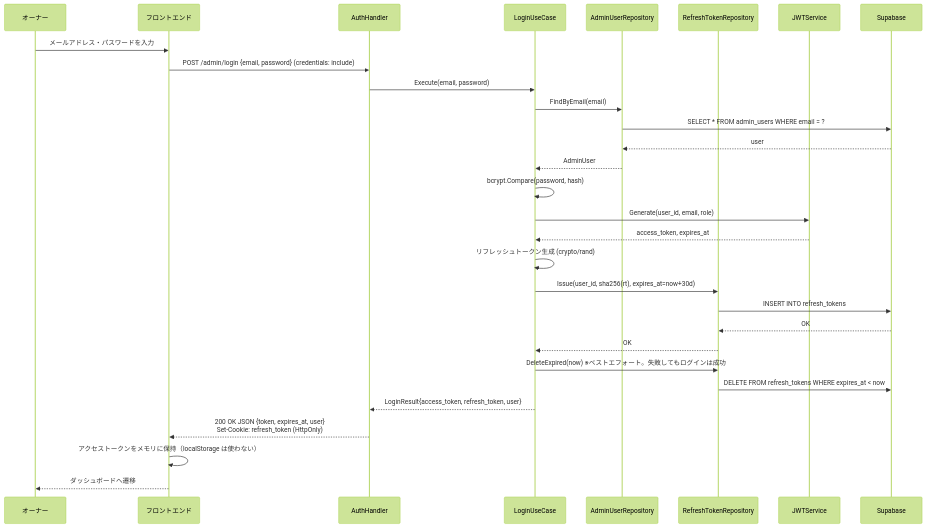
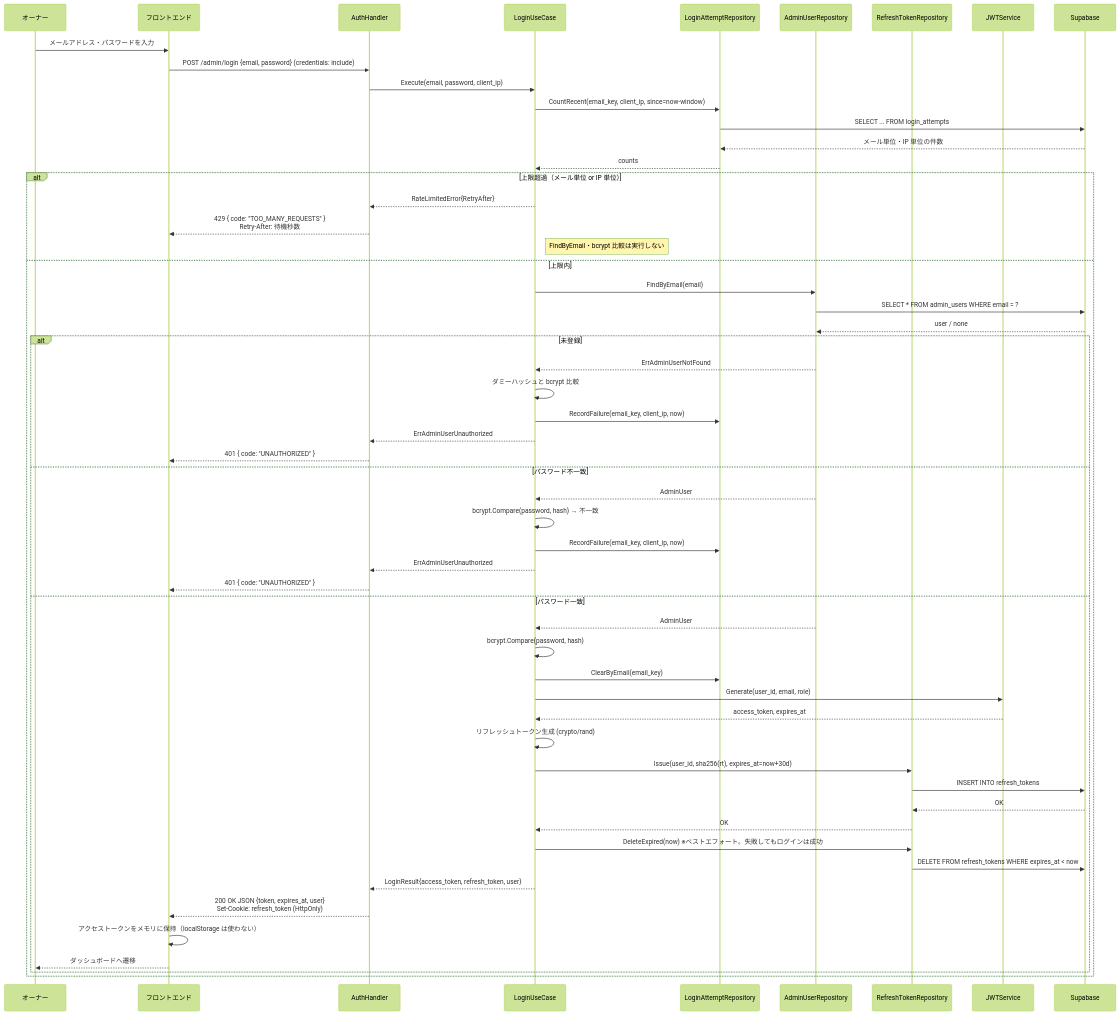
Before and after one commit to cergijame101007/satehits: the fourth of 15 diagrams in docs/sequence.md, drawn with Mermaid (forest theme). The commit also changed other lines of this file, not shown here.

Commit message:
docs: シーケンス図を Outbox・レート制限・実装のメソッド名に合わせる

````diff
--- a/docs/sequence.md
+++ b/docs/sequence.md
@@ -132,37 +137,64 @@
 ```mermaid
 sequenceDiagram
     participant Owner as オーナー
     participant Frontend as フロントエンド
     participant Handler as AuthHandler
     participant UseCase as LoginUseCase
+    participant AttemptRepo as LoginAttemptRepository
     participant AdminUserRepo as AdminUserRepository
     participant RefreshRepo as RefreshTokenRepository
     participant JWT as JWTService
     participant DB as Supabase
 
     Owner->>Frontend: メールアドレス・パスワードを入力
     Frontend->>Handler: POST /admin/login {email, password} (credentials: include)
     
-    Handler->>UseCase: Execute(email, password)
+    Handler->>UseCase: Execute(email, password, client_ip)
     
-    UseCase->>AdminUserRepo: FindByEmail(email)
-    AdminUserRepo->>DB: SELECT * FROM admin_users WHERE email = ?
-    DB-->>AdminUserRepo: user
-    AdminUserRepo-->>UseCase: AdminUser
+    UseCase->>AttemptRepo: CountRecent(email_key, client_ip, since=now-window)
+    AttemptRepo->>DB: SELECT ... FROM login_attempts
+    DB-->>AttemptRepo: メール単位・IP 単位の件数
+    AttemptRepo-->>UseCase: counts
     
-    UseCase->>UseCase: bcrypt.Compare(password, hash)
-    UseCase->>JWT: Generate(user_id, email, role)
-    JWT-->>UseCase: access_token, expires_at
-    UseCase->>UseCase: リフレッシュトークン生成 (crypto/rand)
-    UseCase->>RefreshRepo: Issue(user_id, sha256(rt), expires_at=now+30d)
-    RefreshRepo->>DB: INSERT INTO refresh_tokens
-    DB-->>RefreshRepo: OK
-    RefreshRepo-->>UseCase: OK
-    UseCase->>RefreshRepo: DeleteExpired(now) ※ベストエフォート。失敗してもログインは成功
-    RefreshRepo->>DB: DELETE FROM refresh_tokens WHERE expires_at < now
-    
-    UseCase-->>Handler: LoginResult{access_token, refresh_token, user}
-    Handler-->>Frontend: 200 OK JSON {token, expires_at, user}<br/>Set-Cookie: refresh_token (HttpOnly)
-    Frontend->>Frontend: アクセストークンをメモリに保持（localStorage は使わない）
-    Frontend-->>Owner: ダッシュボードへ遷移
+    alt 上限超過（メール単位 or IP 単位）
+        UseCase-->>Handler: RateLimitedError{RetryAfter}
+        Handler-->>Frontend: 429 { code: "TOO_MANY_REQUESTS" }<br/>Retry-After: 待機秒数
+        Note right of UseCase: FindByEmail・bcrypt 比較は実行しない
+    else 上限内
+        UseCase->>AdminUserRepo: FindByEmail(email)
+        AdminUserRepo->>DB: SELECT * FROM admin_users WHERE email = ?
+        DB-->>AdminUserRepo: user / none
+        
+        alt 未登録
+            AdminUserRepo-->>UseCase: ErrAdminUserNotFound
+            UseCase->>UseCase: ダミーハッシュと bcrypt 比較
+            UseCase->>AttemptRepo: RecordFailure(email_key, client_ip, now)
+            UseCase-->>Handler: ErrAdminUserUnauthorized
+            Handler-->>Frontend: 401 { code: "UNAUTHORIZED" }
+        else パスワード不一致
+            AdminUserRepo-->>UseCase: AdminUser
+            UseCase->>UseCase: bcrypt.Compare(password, hash) → 不一致
+            UseCase->>AttemptRepo: RecordFailure(email_key, client_ip, now)
+            UseCase-->>Handler: ErrAdminUserUnauthorized
+            Handler-->>Frontend: 401 { code: "UNAUTHORIZED" }
+        else パスワード一致
+            AdminUserRepo-->>UseCase: AdminUser
+            UseCase->>UseCase: bcrypt.Compare(password, hash)
+            UseCase->>AttemptRepo: ClearByEmail(email_key)
+            UseCase->>JWT: Generate(user_id, email, role)
+            JWT-->>UseCase: access_token, expires_at
+            UseCase->>UseCase: リフレッシュトークン生成 (crypto/rand)
+            UseCase->>RefreshRepo: Issue(user_id, sha256(rt), expires_at=now+30d)
+            RefreshRepo->>DB: INSERT INTO refresh_tokens
+            DB-->>RefreshRepo: OK
+            RefreshRepo-->>UseCase: OK
+            UseCase->>RefreshRepo: DeleteExpired(now) ※ベストエフォート。失敗してもログインは成功
+            RefreshRepo->>DB: DELETE FROM refresh_tokens WHERE expires_at < now
+            
+            UseCase-->>Handler: LoginResult{access_token, refresh_token, user}
+            Handler-->>Frontend: 200 OK JSON {token, expires_at, user}<br/>Set-Cookie: refresh_token (HttpOnly)
+            Frontend->>Frontend: アクセストークンをメモリに保持（localStorage は使わない）
+            Frontend-->>Owner: ダッシュボードへ遷移
+        end
+    end
 ```
````
